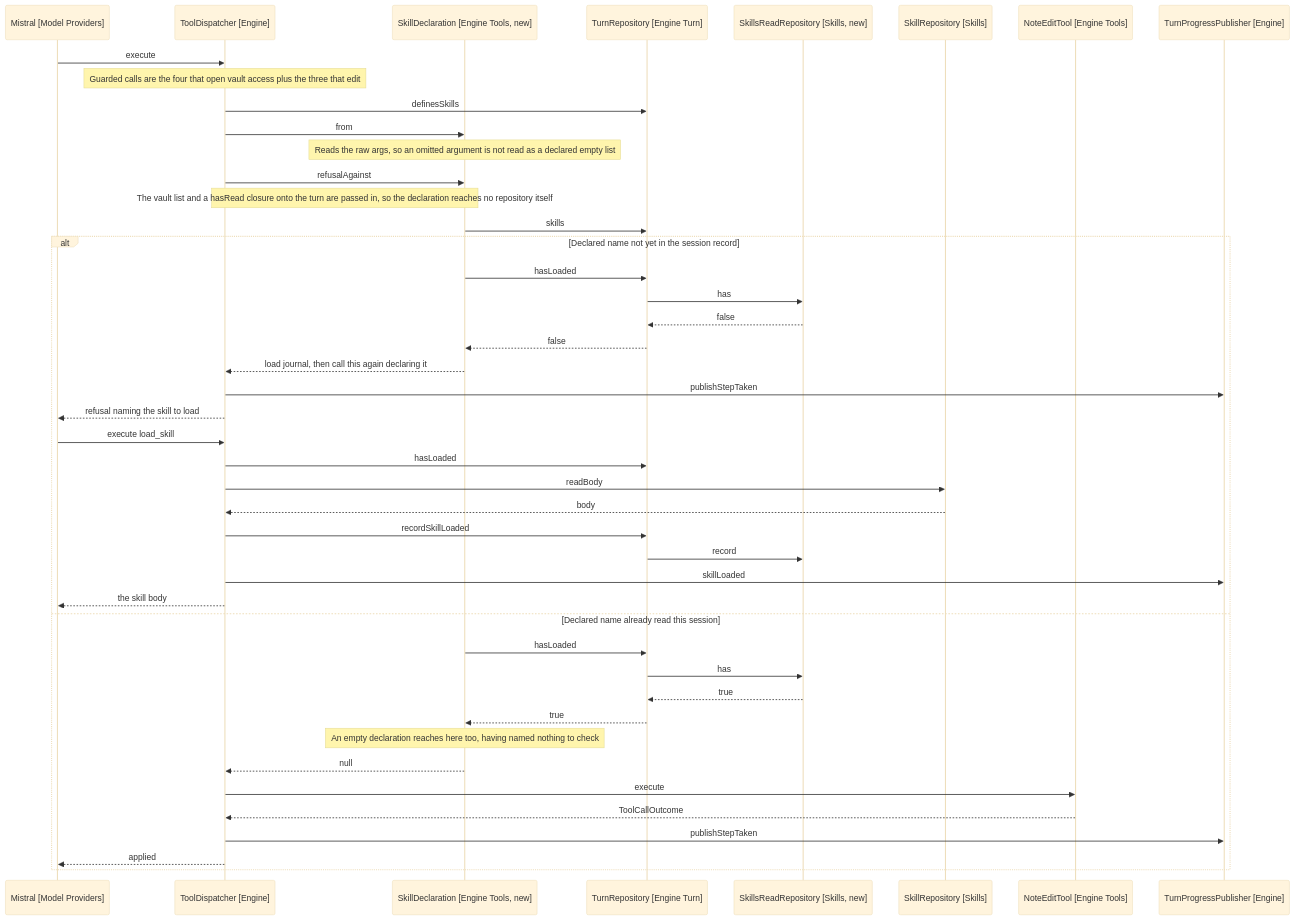
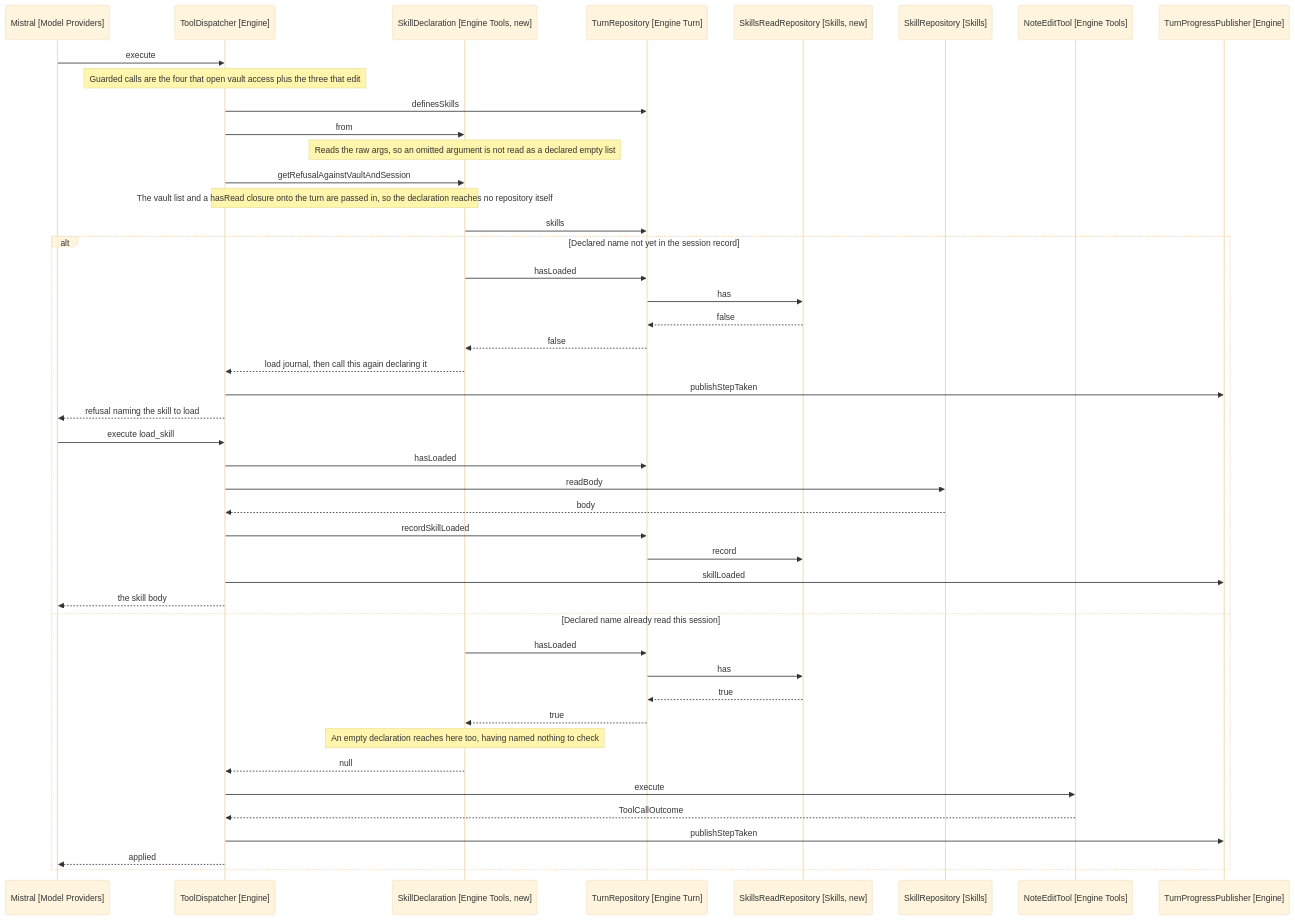
Before and after one commit to iparips/obsidian-owl: the diagram in docs/spec/24-remembering-skills-read/3-design.md, drawn with Mermaid (base theme). The commit also changed 7 other files, not shown here.

````diff
--- a/docs/spec/24-remembering-skills-read/3-design.md
+++ b/docs/spec/24-remembering-skills-read/3-design.md
@@ -100,49 +100,49 @@
 ```mermaid
 sequenceDiagram
     participant Model as Mistral [Model Providers]
     participant Dispatcher as ToolDispatcher [Engine]
     participant Declaration as SkillDeclaration [Engine Tools, new]
     participant Turn as TurnRepository [Engine Turn]
     participant SkillsRead as SkillsReadRepository [Skills, new]
     participant Skills as SkillRepository [Skills]
     participant Edit as NoteEditTool [Engine Tools]
     participant Panel as TurnProgressPublisher [Engine]
 
     Model->>Dispatcher: execute
     Note over Dispatcher: Guarded calls are the four that open vault access plus the three that edit
     Dispatcher->>Turn: definesSkills
     Dispatcher->>Declaration: from
     Note over Declaration: Reads the raw args, so an omitted argument is not read as a declared empty list
-    Dispatcher->>Declaration: refusalAgainst
+    Dispatcher->>Declaration: getRefusalAgainstVaultAndSession
     Note over Dispatcher,Declaration: The vault list and a hasRead closure onto the turn are passed in, so the declaration reaches no repository itself
     Declaration->>Turn: skills
 
     alt Declared name not yet in the session record
         Declaration->>Turn: hasLoaded
         Turn->>SkillsRead: has
         SkillsRead-->>Turn: false
         Turn-->>Declaration: false
         Declaration-->>Dispatcher: load journal, then call this again declaring it
         Dispatcher->>Panel: publishStepTaken
         Dispatcher-->>Model: refusal naming the skill to load
         Model->>Dispatcher: execute load_skill
         Dispatcher->>Turn: hasLoaded
         Dispatcher->>Skills: readBody
         Skills-->>Dispatcher: body
         Dispatcher->>Turn: recordSkillLoaded
         Turn->>SkillsRead: record
         Dispatcher->>Panel: skillLoaded
         Dispatcher-->>Model: the skill body
     else Declared name already read this session
         Declaration->>Turn: hasLoaded
         Turn->>SkillsRead: has
         SkillsRead-->>Turn: true
         Turn-->>Declaration: true
         Note over Declaration: An empty declaration reaches here too, having named nothing to check
         Declaration-->>Dispatcher: null
         Dispatcher->>Edit: execute
         Edit-->>Dispatcher: ToolCallOutcome
         Dispatcher->>Panel: publishStepTaken
         Dispatcher-->>Model: applied
     end
 ```
````
